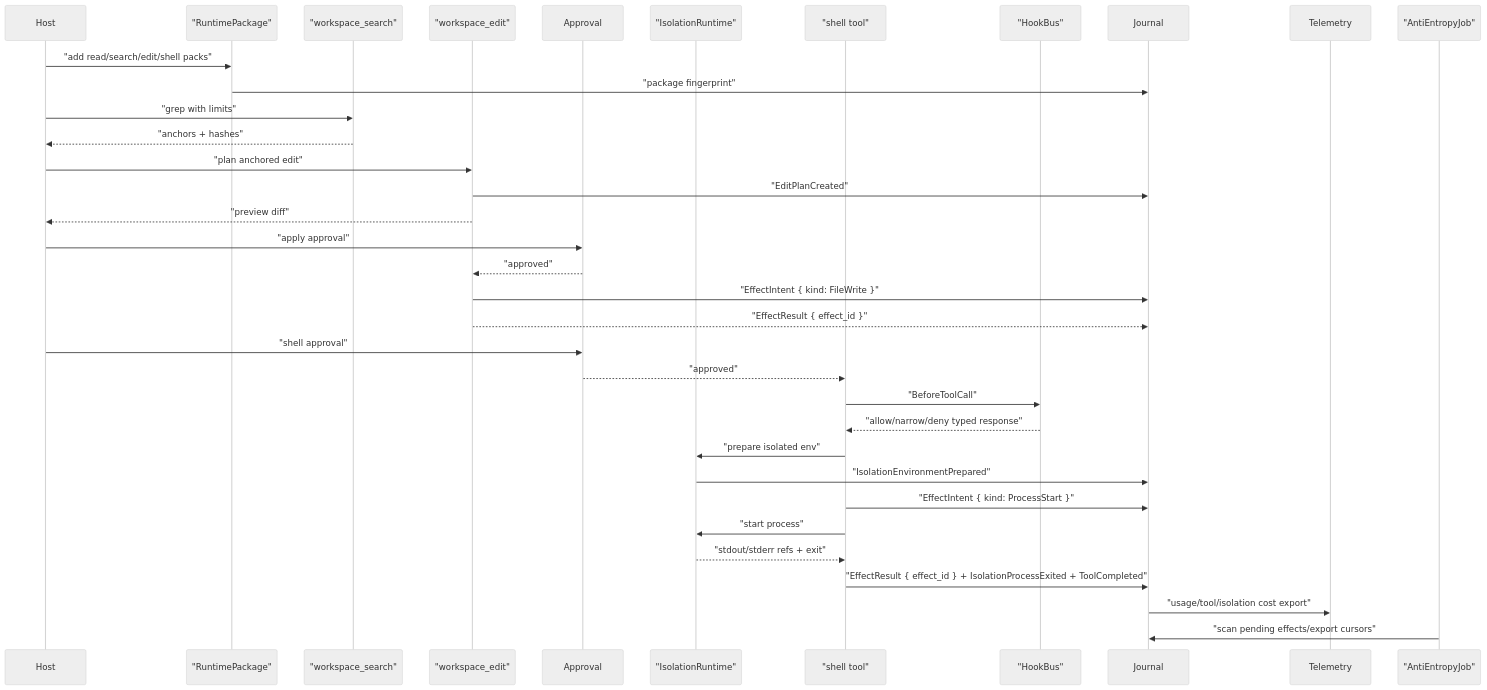
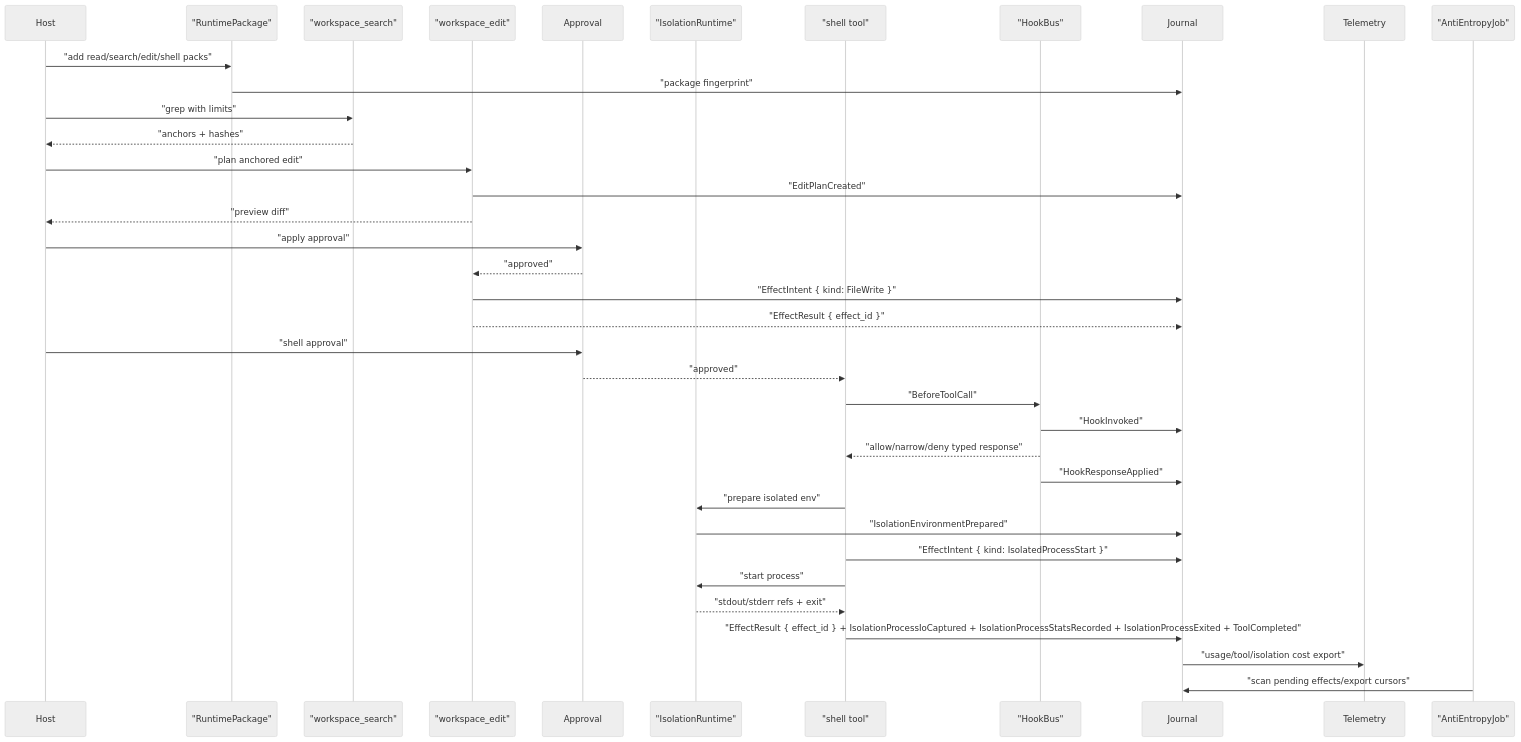
One commit to heyclawdia/clawdia_sdk changed the first of 5 diagrams in docs/examples/tool-pack-isolation-anti-entropy.md. Above: the diagram before and after it, drawn with Mermaid (neutral theme). The commit also changed other lines of this file and 14 other files, not shown here.

````diff
--- a/docs/examples/tool-pack-isolation-anti-entropy.md
+++ b/docs/examples/tool-pack-isolation-anti-entropy.md
@@ -7,38 +7,40 @@
 ```mermaid
 sequenceDiagram
   participant Host
   participant Package as "RuntimePackage"
   participant Search as "workspace_search"
   participant Edit as "workspace_edit"
   participant Approval
   participant Iso as "IsolationRuntime"
   participant Shell as "shell tool"
   participant Hook as "HookBus"
   participant Journal
   participant Telemetry
   participant AE as "AntiEntropyJob"
 
   Host->>Package: "add read/search/edit/shell packs"
   Package->>Journal: "package fingerprint"
   Host->>Search: "grep with limits"
   Search-->>Host: "anchors + hashes"
   Host->>Edit: "plan anchored edit"
   Edit->>Journal: "EditPlanCreated"
   Edit-->>Host: "preview diff"
   Host->>Approval: "apply approval"
   Approval-->>Edit: "approved"
   Edit->>Journal: "EffectIntent { kind: FileWrite }"
   Edit-->>Journal: "EffectResult { effect_id }"
   Host->>Approval: "shell approval"
   Approval-->>Shell: "approved"
   Shell->>Hook: "BeforeToolCall"
+  Hook->>Journal: "HookInvoked"
   Hook-->>Shell: "allow/narrow/deny typed response"
+  Hook->>Journal: "HookResponseApplied"
   Shell->>Iso: "prepare isolated env"
   Iso->>Journal: "IsolationEnvironmentPrepared"
-  Shell->>Journal: "EffectIntent { kind: ProcessStart }"
+  Shell->>Journal: "EffectIntent { kind: IsolatedProcessStart }"
   Shell->>Iso: "start process"
   Iso-->>Shell: "stdout/stderr refs + exit"
-  Shell->>Journal: "EffectResult { effect_id } + IsolationProcessExited + ToolCompleted"
+  Shell->>Journal: "EffectResult { effect_id } + IsolationProcessIoCaptured + IsolationProcessStatsRecorded + IsolationProcessExited + ToolCompleted"
   Journal->>Telemetry: "usage/tool/isolation cost export"
   AE->>Journal: "scan pending effects/export cursors"
 ```
````
